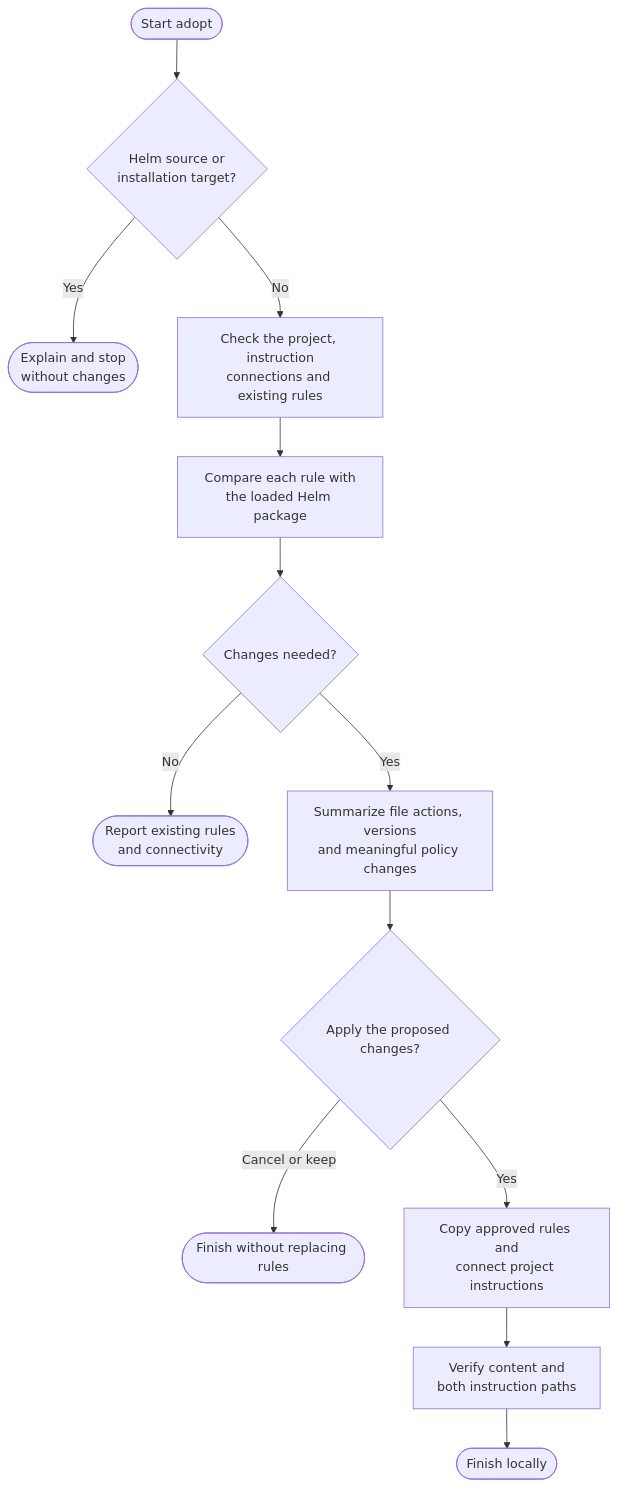
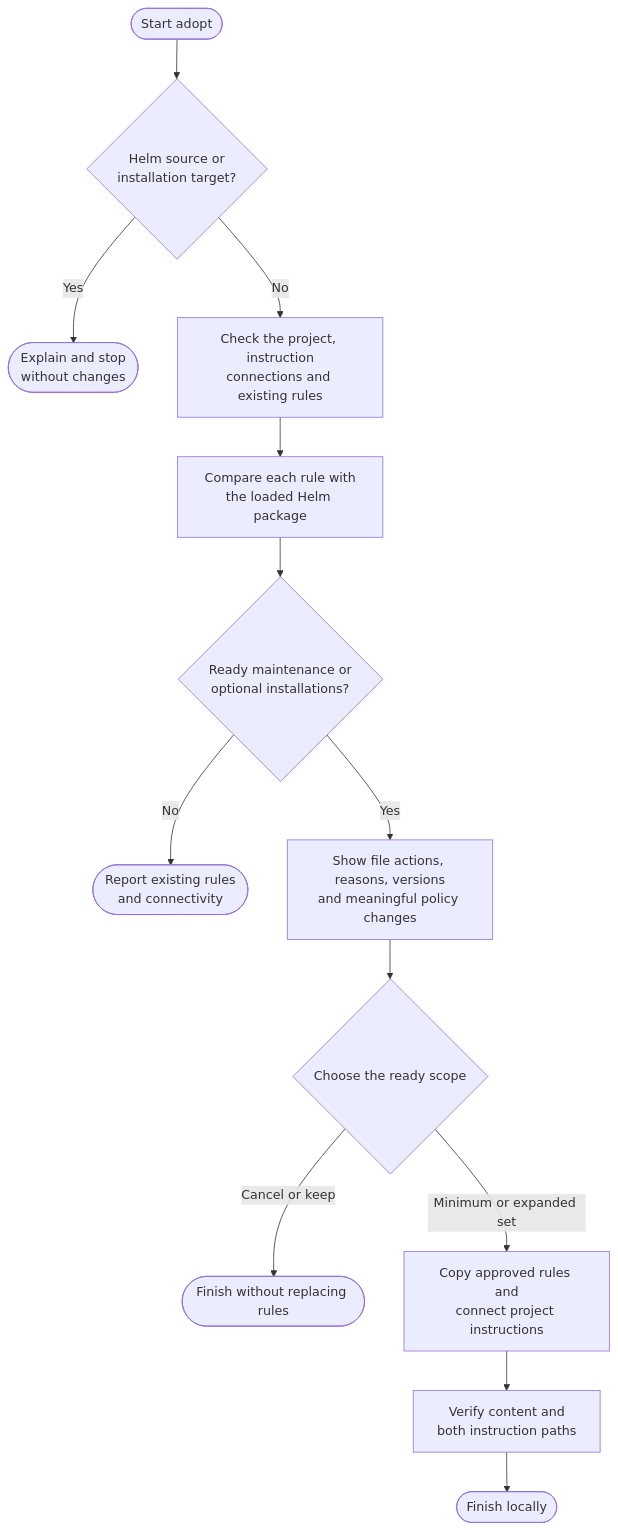
One commit to myowinthein/agent-helm changed the diagram in docs/commands/adopt/detailed.md. Above: the diagram before and after it, drawn with Mermaid. The commit also changed other lines of this file and 2 other files, not shown here.

````diff
--- a/docs/commands/adopt/detailed.md
+++ b/docs/commands/adopt/detailed.md
@@ -22,15 +22,15 @@
 ```mermaid
 flowchart TD
   Start(["Start adopt"]) --> Guard{"Helm source or<br/>installation target?"}
   Guard -->|Yes| Stop(["Explain and stop<br/>without changes"])
   Guard -->|No| Inspect["Check the project, instruction<br/>connections and existing rules"]
   Inspect --> Compare["Compare each rule with<br/>the loaded Helm package"]
-  Compare --> Needed{"Changes needed?"}
+  Compare --> Needed{"Ready maintenance or<br/>optional installations?"}
   Needed -->|No| Current(["Report existing rules<br/>and connectivity"])
-  Needed -->|Yes| Review["Summarize file actions, versions<br/>and meaningful policy changes"]
-  Review --> Decision{"Apply the proposed changes?"}
+  Needed -->|Yes| Review["Show file actions, reasons, versions<br/>and meaningful policy changes"]
+  Review --> Decision{"Choose the ready scope"}
   Decision -->|Cancel or keep| Finish(["Finish without replacing rules"])
-  Decision -->|Yes| Apply["Copy approved rules and<br/>connect project instructions"]
+  Decision -->|Minimum or expanded set| Apply["Copy approved rules and<br/>connect project instructions"]
   Apply --> Verify["Verify content and<br/>both instruction paths"]
   Verify --> Done(["Finish locally"])
 ```
````
